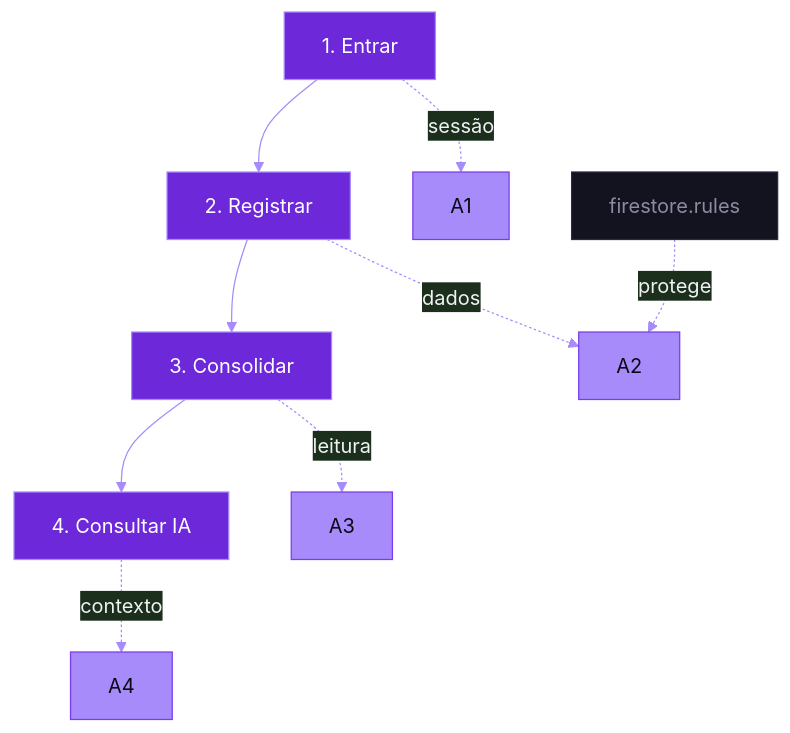
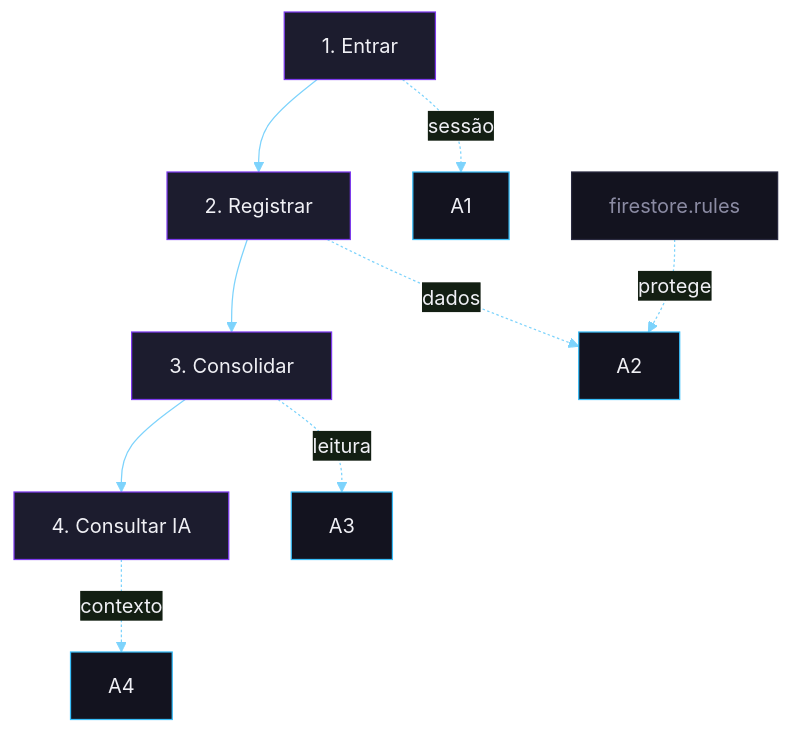
The diagram in README.md (carloshjes/gastos-mensais), drawn with Mermaid before and after one commit. The commit also changed other lines of this file and 1 other file, not shown here.

````diff
--- a/README.md
+++ b/README.md
@@ -128,24 +128,24 @@
 ```mermaid
 %%{init: {'theme':'base', 'themeVariables': {
-  'primaryColor':'#1c1c2e',
+  'primaryColor':'#13131f',
   'primaryTextColor':'#f0f0f5',
-  'primaryBorderColor':'#7c3aed',
-  'lineColor':'#a78bfa'
+  'primaryBorderColor':'#2a2a40',
+  'lineColor':'#7dd3fc'
 }}}%%
 flowchart TB
     J1["1. Entrar"] --> J2["2. Registrar"] --> J3["3. Consolidar"] --> J4["4. Consultar IA"]
 
     J1 -. sessão .-> A1
     J2 -. dados .-> A2
     J3 -. leitura .-> A3
     J4 -. contexto .-> A4
     R["firestore.rules"]:::rules -. protege .-> A2
 
-    classDef journey fill:#6d28d9,stroke:#a78bfa,color:#fff
-    classDef infra fill:#a78bfa,stroke:#7c3aed,color:#0a0a14
+    classDef journey fill:#1c1c2e,stroke:#7c3aed,color:#f0f0f5
+    classDef infra fill:#13131f,stroke:#38bdf8,color:#f0f0f5
     classDef rules fill:#13131f,stroke:#2a2a40,color:#8b8ba3
 
     class J1,J2,J3,J4 journey
     class A1,A2,A3,A4 infra
     class R rules
 ```
````
